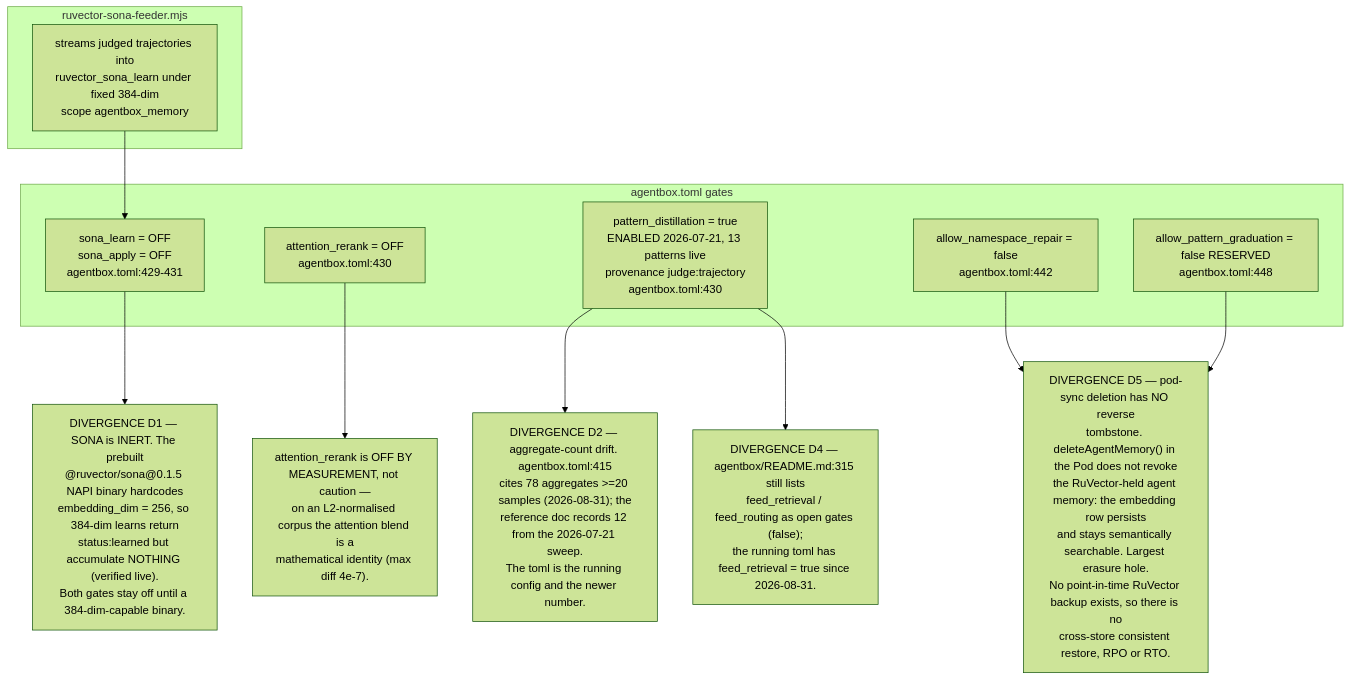
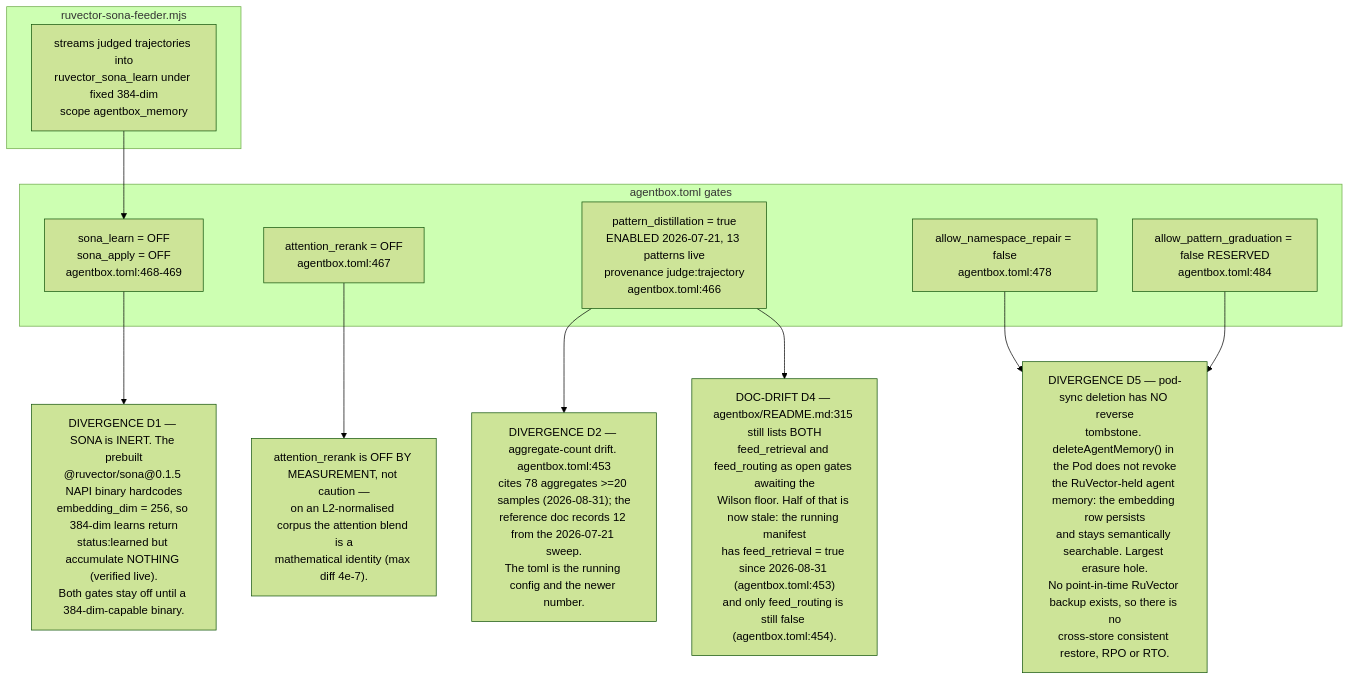
The ninth of 10 diagrams in docs/diagrams/estate/07-memory-and-embedding-estate.md (DreamLab-AI/VisionFlow), drawn with Mermaid (forest theme) before and after one commit. The commit also changed other lines of this file and 12 other files, not shown here.

````diff
--- a/docs/diagrams/estate/07-memory-and-embedding-estate.md
+++ b/docs/diagrams/estate/07-memory-and-embedding-estate.md
@@ -259,26 +259,26 @@
 ```mermaid
 flowchart TB
     subgraph feeder["ruvector-sona-feeder.mjs"]
         F1["streams judged trajectories into<br/>ruvector_sona_learn under fixed 384-dim<br/>scope agentbox_memory"]
     end
     subgraph gates["agentbox.toml gates"]
-        G1["sona_learn = OFF<br/>sona_apply = OFF<br/>agentbox.toml:429-431"]
-        G2["attention_rerank = OFF<br/>agentbox.toml:430"]
-        G3["pattern_distillation = true<br/>ENABLED 2026-07-21, 13 patterns live<br/>provenance judge:trajectory<br/>agentbox.toml:430"]
-        G4["allow_namespace_repair = false<br/>agentbox.toml:442"]
-        G5["allow_pattern_graduation = false RESERVED<br/>agentbox.toml:448"]
+        G1["sona_learn = OFF<br/>sona_apply = OFF<br/>agentbox.toml:468-469"]
+        G2["attention_rerank = OFF<br/>agentbox.toml:467"]
+        G3["pattern_distillation = true<br/>ENABLED 2026-07-21, 13 patterns live<br/>provenance judge:trajectory<br/>agentbox.toml:466"]
+        G4["allow_namespace_repair = false<br/>agentbox.toml:478"]
+        G5["allow_pattern_graduation = false RESERVED<br/>agentbox.toml:484"]
     end
     D1["DIVERGENCE D1 — SONA is INERT. The prebuilt<br/>@ruvector/sona@0.1.5 NAPI binary hardcodes<br/>embedding_dim = 256, so 384-dim learns return<br/>status:learned but accumulate NOTHING (verified live).<br/>Both gates stay off until a 384-dim-capable binary."]
     D1B["attention_rerank is OFF BY MEASUREMENT, not caution —<br/>on an L2-normalised corpus the attention blend is a<br/>mathematical identity (max diff 4e-7)."]
-    D2["DIVERGENCE D2 — aggregate-count drift. agentbox.toml:415<br/>cites 78 aggregates >=20 samples (2026-08-31); the<br/>reference doc records 12 from the 2026-07-21 sweep.<br/>The toml is the running config and the newer number."]
-    D4["DIVERGENCE D4 — agentbox/README.md:315 still lists<br/>feed_retrieval / feed_routing as open gates (false);<br/>the running toml has feed_retrieval = true since 2026-08-31."]
+    D2["DIVERGENCE D2 — aggregate-count drift. agentbox.toml:453<br/>cites 78 aggregates >=20 samples (2026-08-31); the<br/>reference doc records 12 from the 2026-07-21 sweep.<br/>The toml is the running config and the newer number."]
+    D4["DOC-DRIFT D4 — agentbox/README.md:315 still lists BOTH<br/>feed_retrieval and feed_routing as open gates awaiting the<br/>Wilson floor. Half of that is now stale: the running manifest<br/>has feed_retrieval = true since 2026-08-31 (agentbox.toml:453)<br/>and only feed_routing is still false (agentbox.toml:454)."]
     D5["DIVERGENCE D5 — pod-sync deletion has NO reverse<br/>tombstone. deleteAgentMemory() in the Pod does not revoke<br/>the RuVector-held agent memory: the embedding row persists<br/>and stays semantically searchable. Largest erasure hole.<br/>No point-in-time RuVector backup exists, so there is no<br/>cross-store consistent restore, RPO or RTO."]
 
     F1 --> G1
     G1 --> D1
     G2 --> D1B
     G3 --> D2
     G3 --> D4
     G4 --> D5
     G5 --> D5
 ```
````
